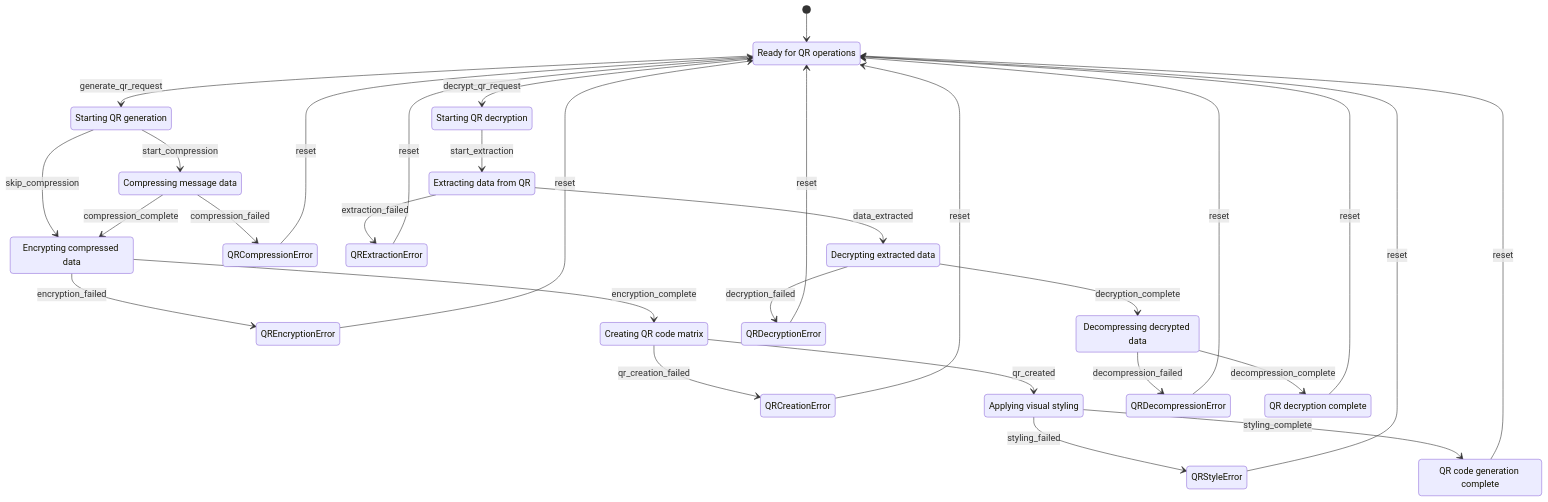
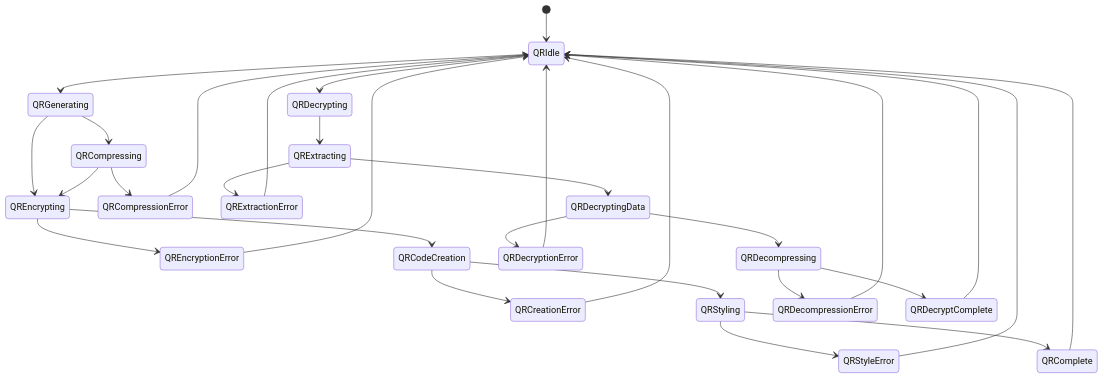
One commit to Aya2nusairat7/steganotool-enhanced changed diagram 16 of 16 in docs/comprehensive_uml_diagrams.md. Above: the diagram before and after it, drawn with Mermaid. The commit also changed other lines of this file, not shown here.

Commit message:
Add UML documentation with Mermaid diagrams

````diff
--- a/docs/comprehensive_uml_diagrams.md
+++ b/docs/comprehensive_uml_diagrams.md
@@ -866,59 +875,45 @@
 ```mermaid
 stateDiagram-v2
     [*] --> QRIdle
     
-    QRIdle --> QRGenerating : generate_qr_request
-    QRIdle --> QRDecrypting : decrypt_qr_request
+    QRIdle --> QRGenerating
+    QRIdle --> QRDecrypting
     
-    QRGenerating --> QRCompressing : start_compression
-    QRGenerating --> QREncrypting : skip_compression
+    QRGenerating --> QRCompressing
+    QRGenerating --> QREncrypting
     
-    QRCompressing --> QRCompressionError : compression_failed
-    QRCompressing --> QREncrypting : compression_complete
+    QRCompressing --> QRCompressionError
+    QRCompressing --> QREncrypting
     
-    QREncrypting --> QREncryptionError : encryption_failed
-    QREncrypting --> QRCodeCreation : encryption_complete
+    QREncrypting --> QREncryptionError
+    QREncrypting --> QRCodeCreation
     
-    QRCodeCreation --> QRCreationError : qr_creation_failed
-    QRCodeCreation --> QRStyling : qr_created
+    QRCodeCreation --> QRCreationError
+    QRCodeCreation --> QRStyling
     
-    QRStyling --> QRStyleError : styling_failed
-    QRStyling --> QRComplete : styling_complete
+    QRStyling --> QRStyleError
+    QRStyling --> QRComplete
     
-    QRDecrypting --> QRExtracting : start_extraction
-    QRExtracting --> QRExtractionError : extraction_failed
-    QRExtracting --> QRDecryptingData : data_extracted
+    QRDecrypting --> QRExtracting
+    QRExtracting --> QRExtractionError
+    QRExtracting --> QRDecryptingData
     
-    QRDecryptingData --> QRDecryptionError : decryption_failed
-    QRDecryptingData --> QRDecompressing : decryption_complete
+    QRDecryptingData --> QRDecryptionError
+    QRDecryptingData --> QRDecompressing
     
-    QRDecompressing --> QRDecompressionError : decompression_failed
-    QRDecompressing --> QRDecryptComplete : decompression_complete
+    QRDecompressing --> QRDecompressionError
+    QRDecompressing --> QRDecryptComplete
     
     %% Success states
-    QRComplete --> QRIdle : reset
-    QRDecryptComplete --> QRIdle : reset
+    QRComplete --> QRIdle
+    QRDecryptComplete --> QRIdle
     
     %% Error recovery
-    QRCompressionError --> QRIdle : reset
-    QREncryptionError --> QRIdle : reset
-    QRCreationError --> QRIdle : reset
-    QRStyleError --> QRIdle : reset
-    QRExtractionError --> QRIdle : reset
-    QRDecryptionError --> QRIdle : reset
-    QRDecompressionError --> QRIdle : reset
-    
-    %% State descriptions
-    QRIdle : Ready for QR operations
-    QRGenerating : Starting QR generation
-    QRCompressing : Compressing message data
-    QREncrypting : Encrypting compressed data
-    QRCodeCreation : Creating QR code matrix
-    QRStyling : Applying visual styling
-    QRComplete : QR code generation complete
-    QRDecrypting : Starting QR decryption
-    QRExtracting : Extracting data from QR
-    QRDecryptingData : Decrypting extracted data
-    QRDecompressing : Decompressing decrypted data
-    QRDecryptComplete : QR decryption complete
+    QRCompressionError --> QRIdle
+    QREncryptionError --> QRIdle
+    QRCreationError --> QRIdle
+    QRStyleError --> QRIdle
+    QRExtractionError --> QRIdle
+    QRDecryptionError --> QRIdle
+    QRDecompressionError --> QRIdle
 ```
````
